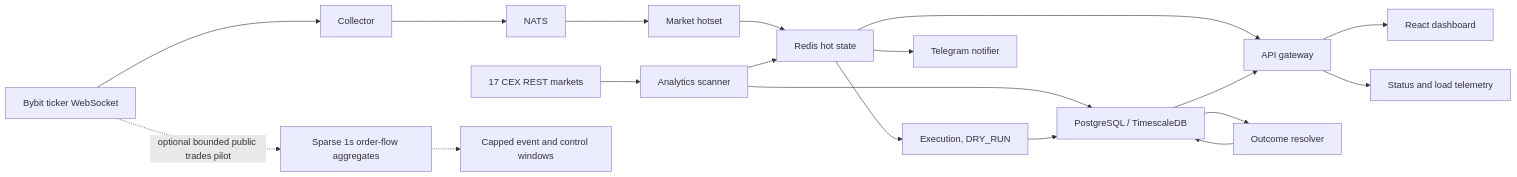
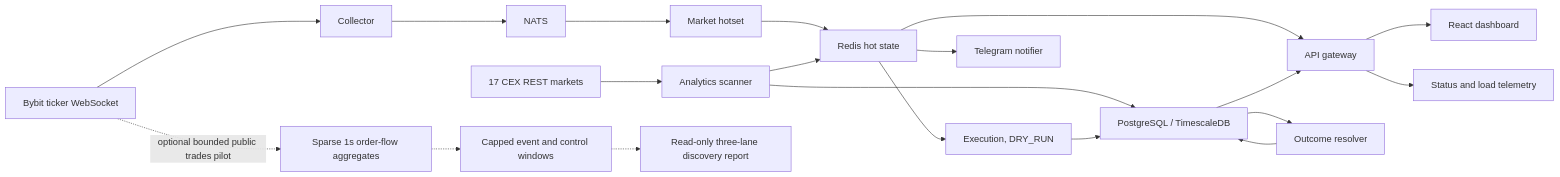
Before and after one commit to mavlevich/schurfer: the diagram in README.md, drawn with Mermaid. The commit also changed other lines of this file and 11 other files, not shown here.

Commit message:
feat(analytics): add Bybit order-flow pilot report

````diff
--- a/README.md
+++ b/README.md
@@ -31,22 +31,23 @@
 ```mermaid
 flowchart LR
     CEX["17 CEX REST markets"] --> SCAN["Analytics scanner"]
     BYBIT["Bybit ticker WebSocket"] --> COL["Collector"]
     COL --> NATS["NATS"]
     NATS --> HOT["Market hotset"]
     HOT --> REDIS["Redis hot state"]
     SCAN --> PG["PostgreSQL / TimescaleDB"]
     SCAN --> REDIS
     REDIS --> API["API gateway"]
     PG --> API
     REDIS --> EXEC["Execution, DRY_RUN"]
     EXEC --> PG
     PG --> RESOLVE["Outcome resolver"]
     RESOLVE --> PG
     REDIS --> NOTIFY["Telegram notifier"]
     API --> WEB["React dashboard"]
     API --> STATUS["Status and load telemetry"]
 
     BYBIT -. "optional bounded public trades pilot" .-> FLOW["Sparse 1s order-flow aggregates"]
     FLOW -.-> FILES["Capped event and control windows"]
+    FILES -.-> OFREPORT["Read-only three-lane discovery report"]
 ```
````
